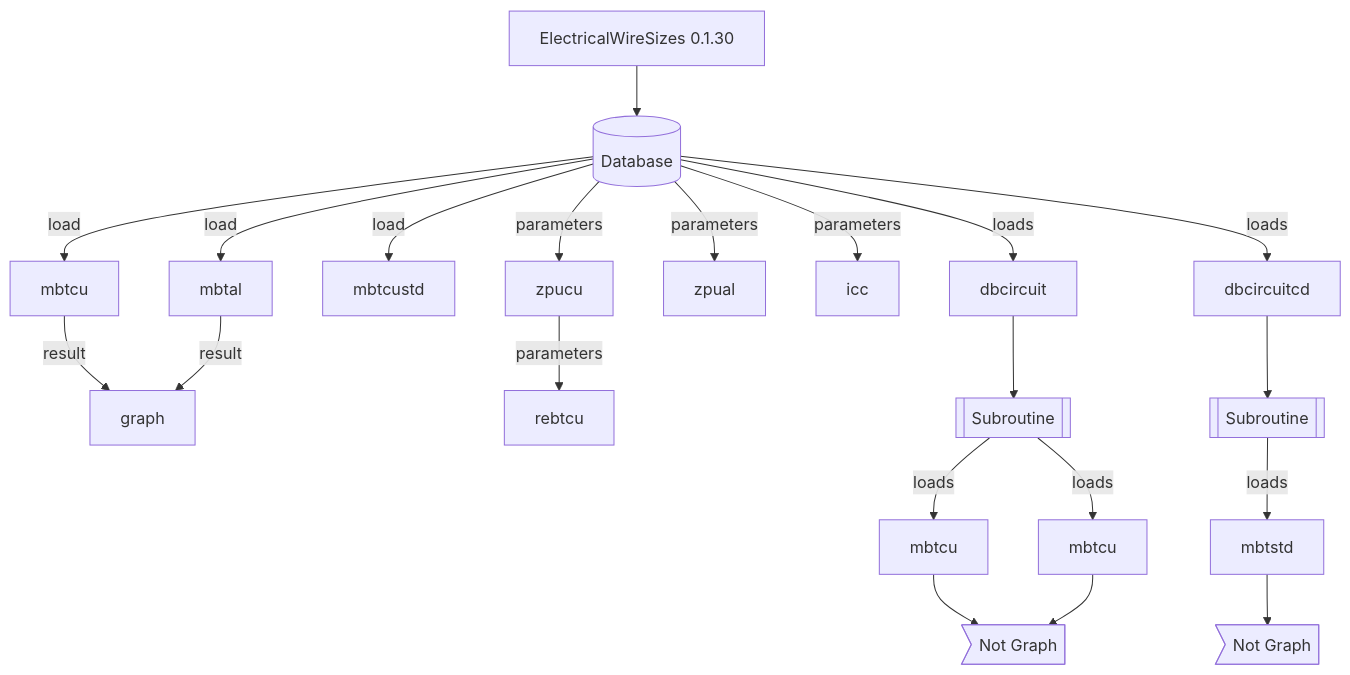
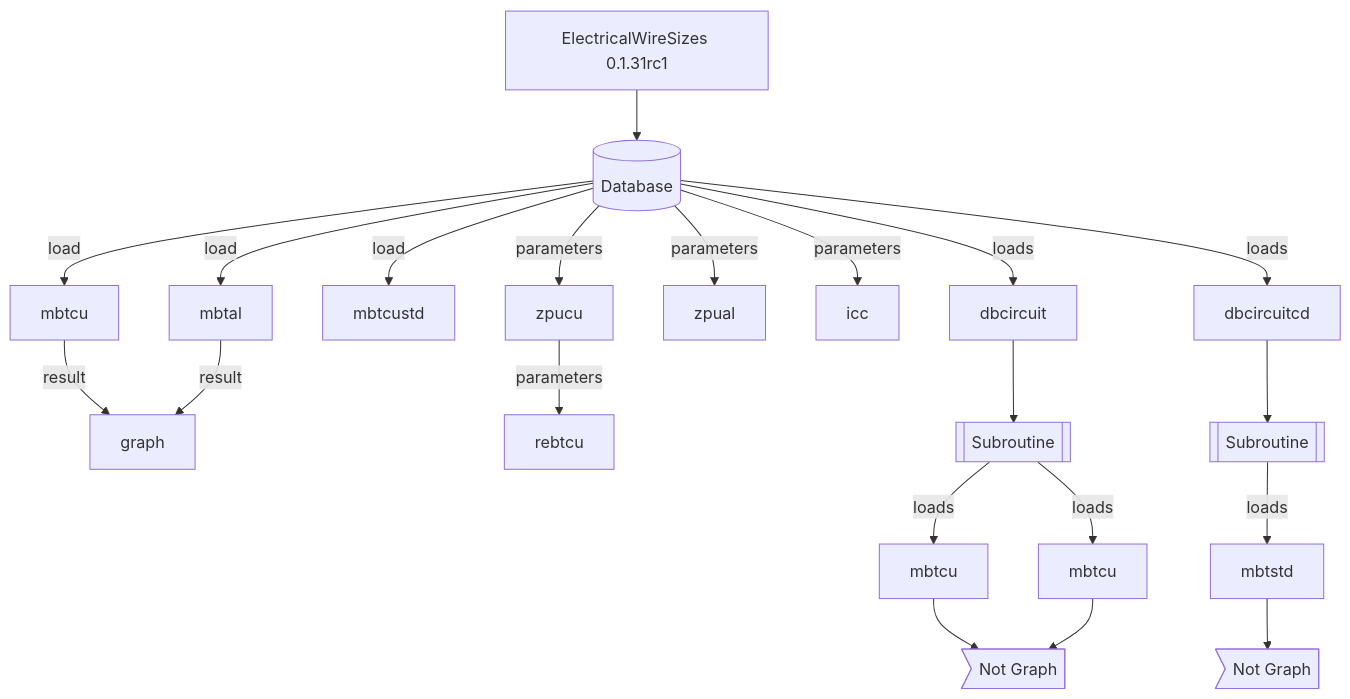
Before and after one commit to jacometoss/PyEWS: the diagram in README.md, drawn with Mermaid. The commit also changed other lines of this file, not shown here.

````diff
--- a/README.md
+++ b/README.md
@@ -177,17 +179,17 @@
 ```mermaid
 graph TD
 
-B[ElectricalWireSizes 0.1.30]-->db[(Database)]
+B[ElectricalWireSizes 0.1.31rc1]-->db[(Database)]
 	db -->|load| A[mbtcu]-->|result| I[graph]
     db -->|load| C[mbtal]-->|result| I[graph]	
     db -->|load| D[mbtcustd]
     db -->|parameters| E[zpucu]
     db -->|parameters| F[zpual]
     db -->|parameters| J[icc]
     E -->|parameters| rd[rebtcu]
     db -->|loads| G[dbcircuit] --> H[[Subroutine]]
     H -->|loads| k[mbtcu]--> id1>Not Graph]
     H -->|loads| l[mbtcu]--> id1>Not Graph]
     db -->|loads| M[dbcircuitcd] --> N[[Subroutine]]
     N -->|loads| O[mbtstd]--> id2>Not Graph]   
 ```
````
